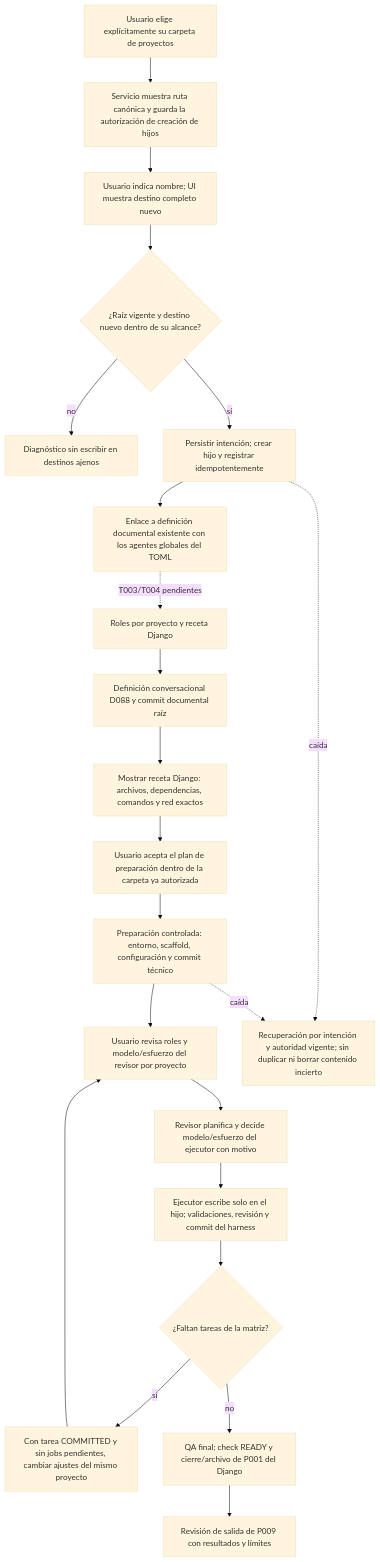
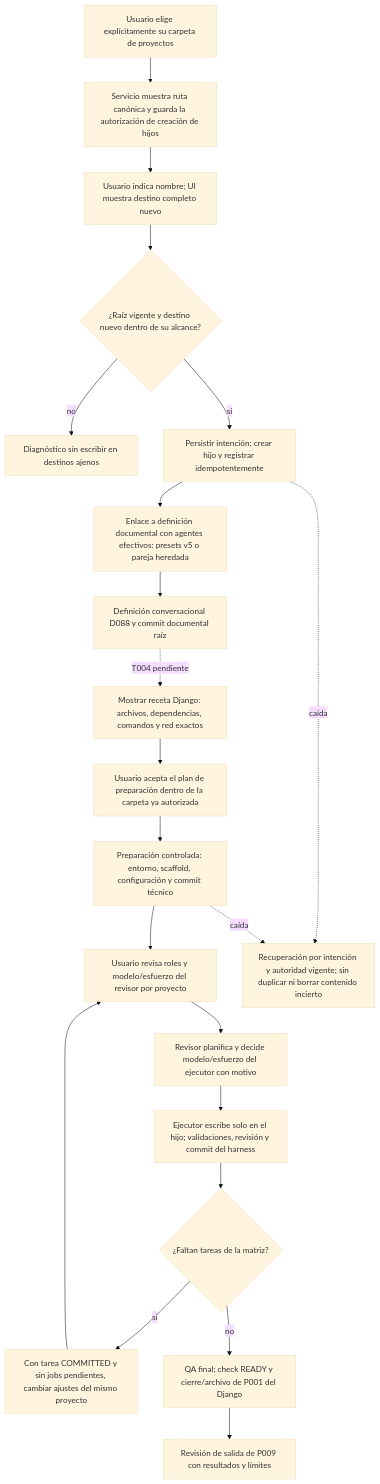
One commit to AcostaDDev/my-harness-archive changed the first of 2 diagrams in docs/flows/project-creation.md. Above: the diagram before and after it, drawn with Mermaid (base theme). The commit also changed other lines of this file and 24 other files, not shown here.

````diff
--- a/docs/flows/project-creation.md
+++ b/docs/flows/project-creation.md
@@ -9,24 +9,23 @@
 ```mermaid
 flowchart TD
     U["Usuario elige explícitamente su carpeta de proyectos"] --> R["Servicio muestra ruta canónica y guarda la autorización de creación de hijos"]
     R --> N["Usuario indica nombre; UI muestra destino completo nuevo"]
     N --> V{"¿Raíz vigente y destino nuevo dentro de su alcance?"}
     V -- no --> X["Diagnóstico sin escribir en destinos ajenos"]
     V -- sí --> C["Persistir intención; crear hijo y registrar idempotentemente"]
-    C --> D["Enlace a definición documental existente con los agentes globales del TOML"]
-    D -. "T003/T004 pendientes" .-> Q0["Roles por proyecto y receta Django"]
-    Q0 --> DC["Definición conversacional D088 y commit documental raíz"]
-    DC --> P["Mostrar receta Django: archivos, dependencias, comandos y red exactos"]
+    C --> D["Enlace a definición documental con agentes efectivos: presets v5 o pareja heredada"]
+    D --> DC["Definición conversacional D088 y commit documental raíz"]
+    DC -. "T004 pendiente" .-> P["Mostrar receta Django: archivos, dependencias, comandos y red exactos"]
     P --> A["Usuario acepta el plan de preparación dentro de la carpeta ya autorizada"]
     A --> S["Preparación controlada: entorno, scaffold, configuración y commit técnico"]
     S --> Q["Usuario revisa roles y modelo/esfuerzo del revisor por proyecto"]
     Q --> E["Revisor planifica y decide modelo/esfuerzo del ejecutor con motivo"]
     E --> T["Ejecutor escribe solo en el hijo; validaciones, revisión y commit del harness"]
     T --> M{"¿Faltan tareas de la matriz?"}
     M -- sí --> B["Con tarea COMMITTED y sin jobs pendientes, cambiar ajustes del mismo proyecto"]
     B --> Q
     M -- no --> F["QA final; check READY y cierre/archivo de P001 del Django"]
     F --> I["Revisión de salida de P009 con resultados y límites"]
     C -. caída .-> Z["Recuperación por intención y autoridad vigente; sin duplicar ni borrar contenido incierto"]
     S -. caída .-> Z
 ```
````
